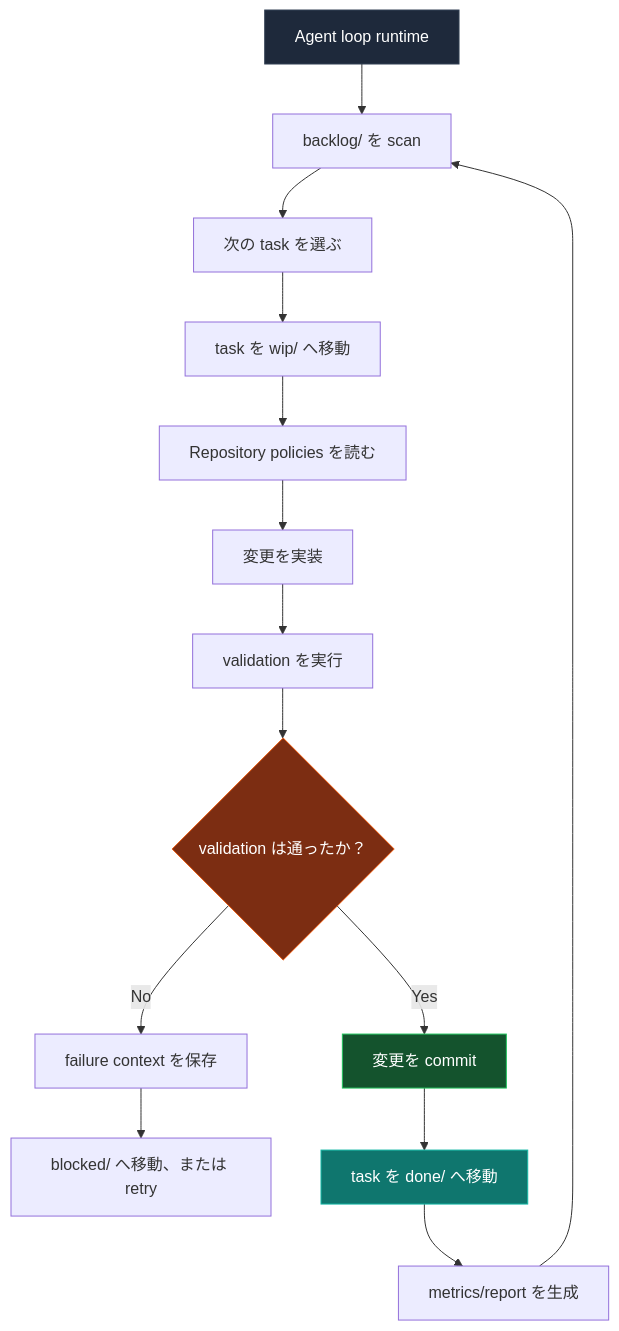
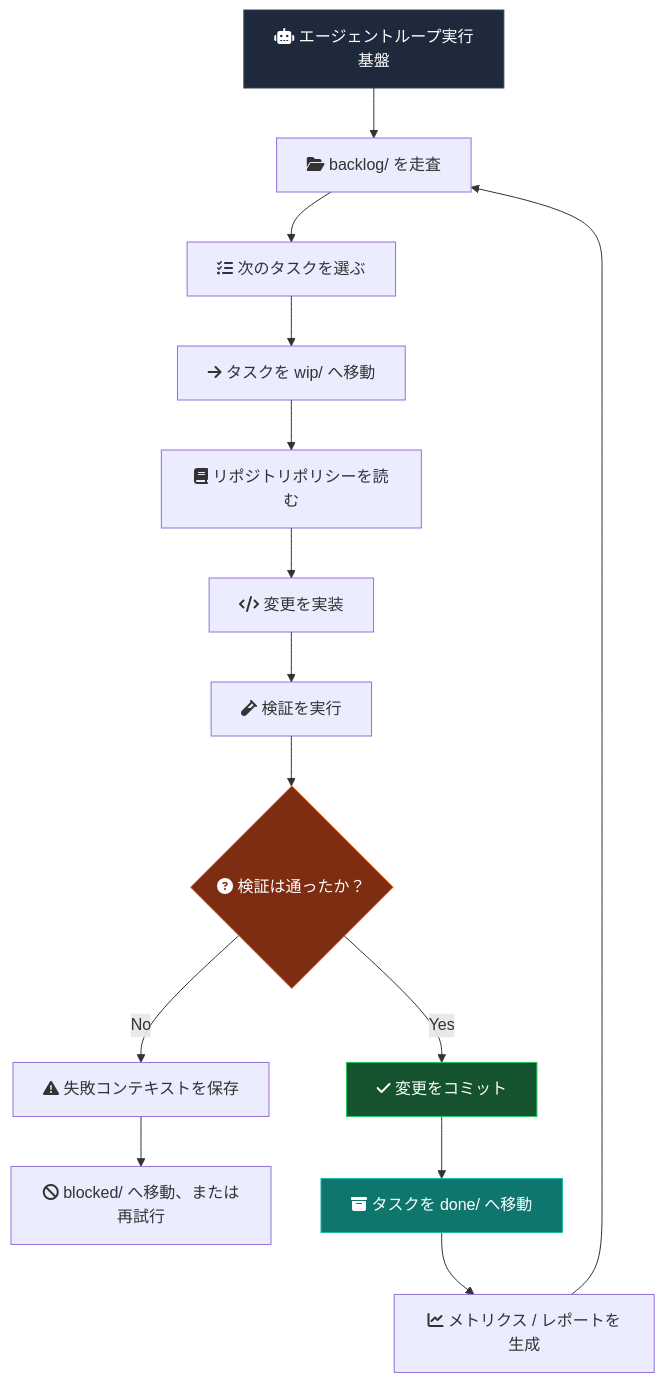
Before and after one commit to nelson-o/nelson-o.github.io: the first of 5 diagrams in content/ja/ideas/agent-loops.mdx, drawn with Mermaid. The commit also changed other lines of this file and 3 other files, not shown here.

````diff
--- a/content/ja/ideas/agent-loops.mdx
+++ b/content/ja/ideas/agent-loops.mdx
@@ -55,21 +55,21 @@
 ```mermaid
 flowchart TD
-  A["Agent loop runtime"] --> B["backlog/ を scan"]
-  B --> C["次の task を選ぶ"]
-  C --> D["task を wip/ へ移動"]
-  D --> E["Repository policies を読む"]
-  E --> F["変更を実装"]
-  F --> G["validation を実行"]
-  G --> H{"validation は通ったか？"}
-  H -- "No" --> I["failure context を保存"]
-  I --> J["blocked/ へ移動、または retry"]
-  H -- "Yes" --> K["変更を commit"]
-  K --> L["task を done/ へ移動"]
-  L --> M["metrics/report を生成"]
+  A["fa:fa-robot エージェントループ実行基盤"] --> B["fa:fa-folder-open backlog/ を走査"]
+  B --> C["fa:fa-list-check 次のタスクを選ぶ"]
+  C --> D["fa:fa-arrow-right タスクを wip/ へ移動"]
+  D --> E["fa:fa-book リポジトリポリシーを読む"]
+  E --> F["fa:fa-code 変更を実装"]
+  F --> G["fa:fa-vial 検証を実行"]
+  G --> H{"fa:fa-circle-question 検証は通ったか？"}
+  H -- "No" --> I["fa:fa-triangle-exclamation 失敗コンテキストを保存"]
+  I --> J["fa:fa-ban blocked/ へ移動、または再試行"]
+  H -- "Yes" --> K["fa:fa-check 変更をコミット"]
+  K --> L["fa:fa-box-archive タスクを done/ へ移動"]
+  L --> M["fa:fa-chart-line メトリクス / レポートを生成"]
   M --> B
 
   style A fill:#1e293b,color:#fff,stroke:#334155
   style H fill:#7c2d12,color:#fff,stroke:#ea580c
   style K fill:#14532d,color:#fff,stroke:#22c55e
   style L fill:#0f766e,color:#fff,stroke:#14b8a6
 ```
````
